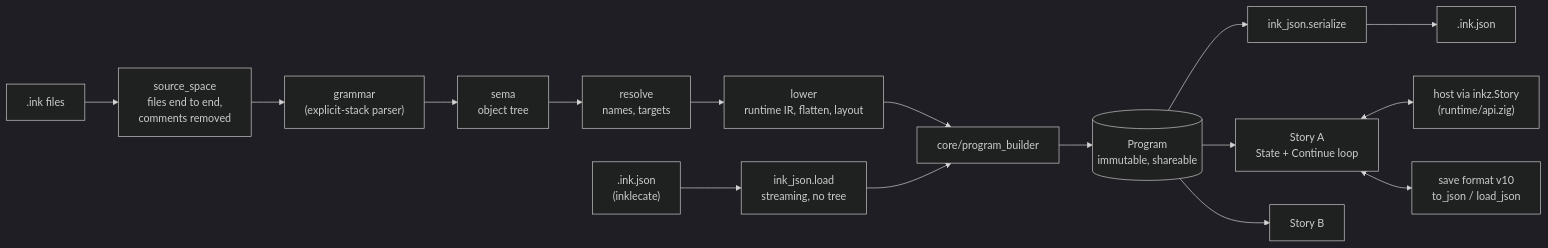
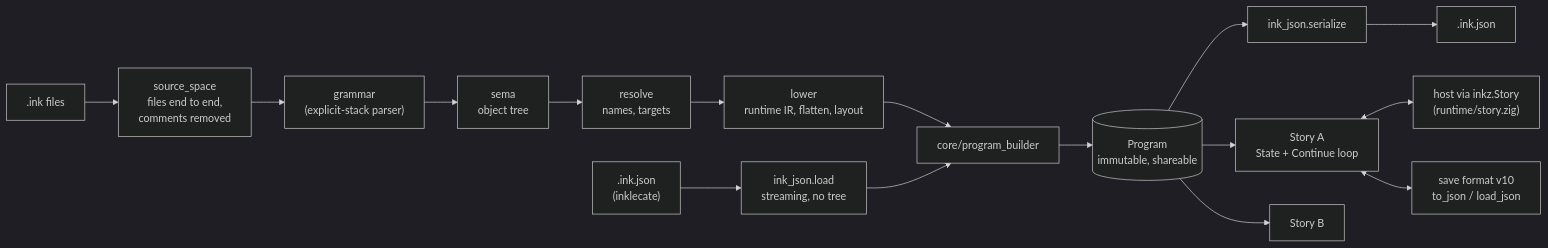
One commit to KreaturaArt/inkz changed the first of 7 diagrams in docs/Architecture.md. Above: the diagram before and after it, drawn with Mermaid (dark theme). The commit also changed 33 other files, not shown here.

````diff
--- a/docs/Architecture.md
+++ b/docs/Architecture.md
@@ -12,20 +12,20 @@
 ```mermaid
 flowchart LR
     ink[".ink files"] --> space["source_space<br/>files end to end,<br/>comments removed"]
     space --> parse["grammar<br/>(explicit-stack parser)"]
     parse --> sema["sema<br/>object tree"]
     sema --> resolve["resolve<br/>names, targets"]
     resolve --> lower["lower<br/>runtime IR, flatten, layout"]
     lower --> builder
 
     json[".ink.json<br/>(inklecate)"] --> loader["ink_json.load<br/>streaming, no tree"]
     loader --> builder
 
     builder["core/program_builder"] --> program[("Program<br/>immutable, shareable")]
     program --> serialize["ink_json.serialize"] --> json_out[".ink.json"]
 
     program --> story1["Story A<br/>State + Continue loop"]
     program --> story2["Story B"]
-    story1 <--> host["host via inkz.Story<br/>(runtime/api.zig)"]
+    story1 <--> host["host via inkz.Story<br/>(runtime/story.zig)"]
     story1 <--> save["save format v10<br/>to_json / load_json"]
 ```
````
